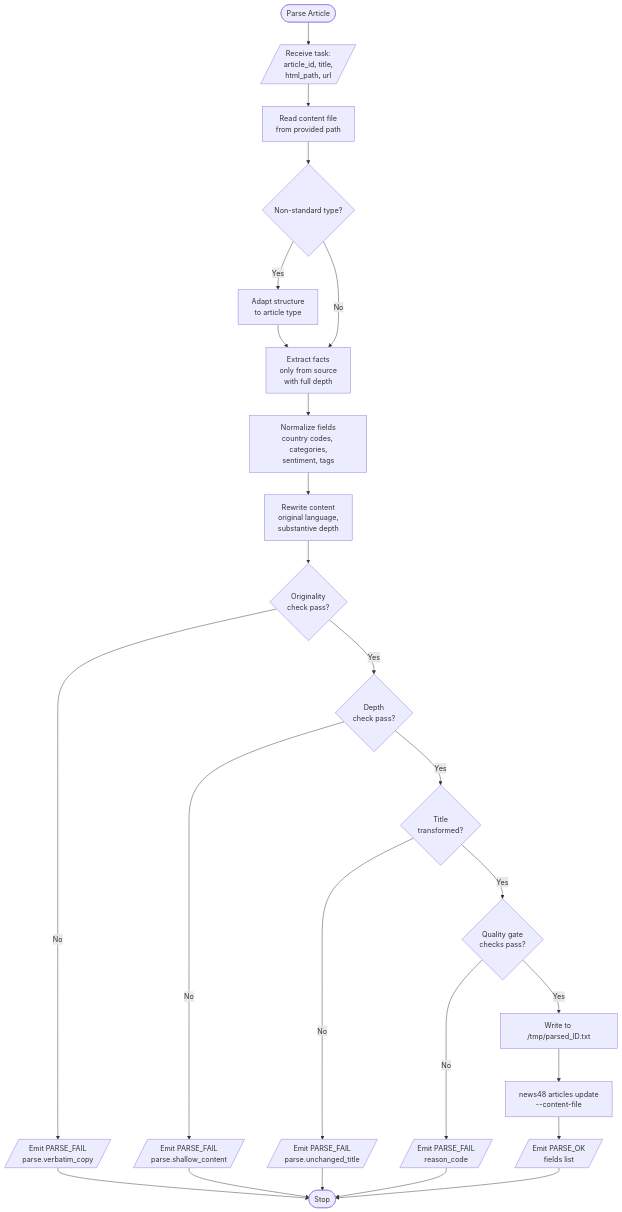
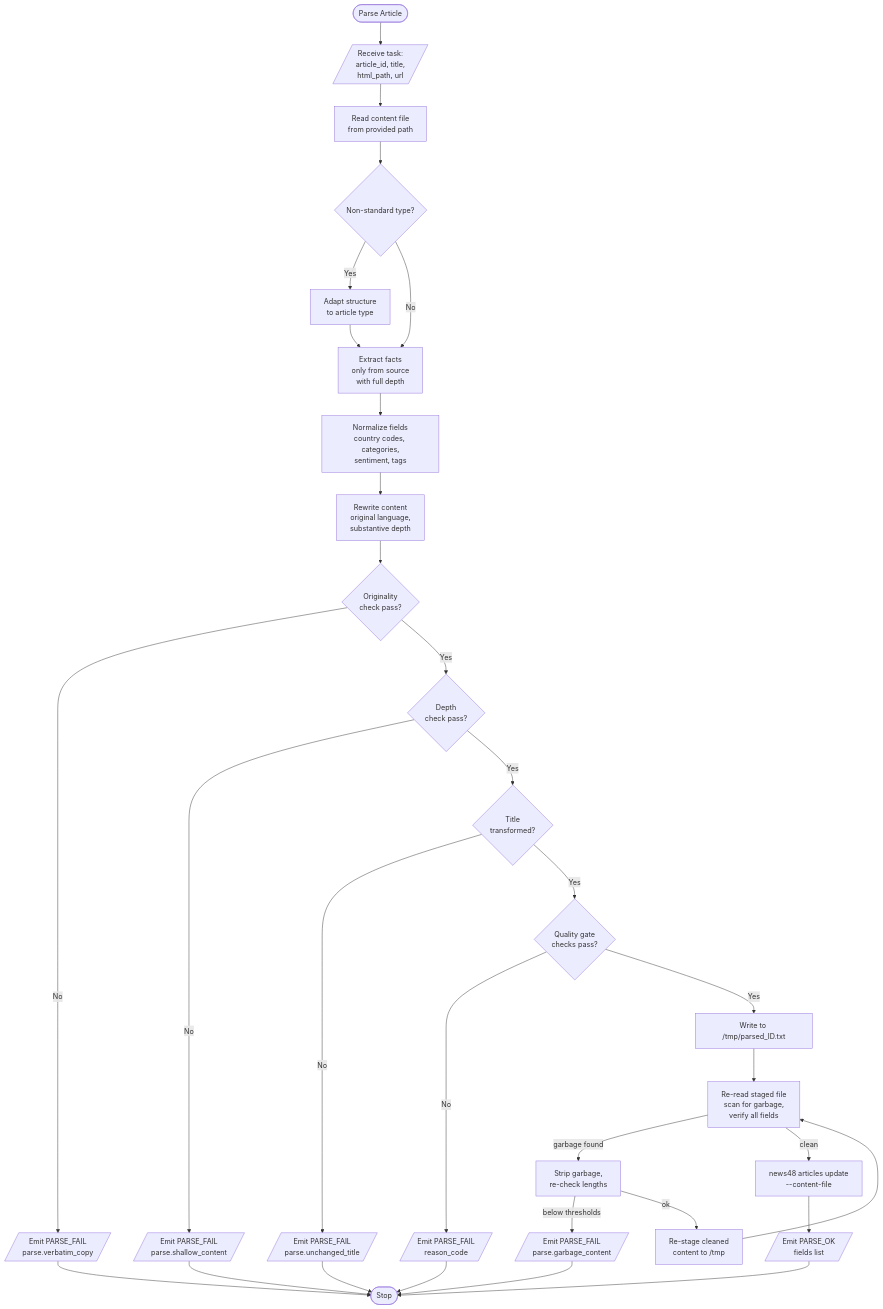
The diagram in news48/core/agents/skills/parser/business-logic.md (malvavisc0/news48), drawn with Mermaid before and after one commit. The commit also changed other lines of this file and 7 other files, not shown here.

First line of the commit message:
feat(parser): add post-write quality review for garbage detection and output verification

````diff
--- a/news48/core/agents/skills/parser/business-logic.md
+++ b/news48/core/agents/skills/parser/business-logic.md
@@ -3,27 +3,33 @@
 ```mermaid
 flowchart TD
     Start([Parse Article]) --> Input[/Receive task:<br/>article_id, title,<br/>html_path, url/]
     Input --> ReadContent[Read content file<br/>from provided path]
     ReadContent --> TypeCheck{Non-standard type?}
     TypeCheck -->|Yes| Adapt[Adapt structure<br/>to article type]
     TypeCheck -->|No| Extract
     Adapt --> Extract[Extract facts<br/>only from source<br/>with full depth]
     Extract --> Normalize[Normalize fields<br/>country codes, categories,<br/>sentiment, tags]
     Normalize --> Rewrite[Rewrite content<br/>original language,<br/>substantive depth]
     Rewrite --> OriginalityCheck{Originality<br/>check pass?}
     OriginalityCheck -->|No| FailCopy[/Emit PARSE_FAIL<br/>parse.verbatim_copy/]
     OriginalityCheck -->|Yes| DepthCheck{Depth<br/>check pass?}
     DepthCheck -->|No| FailDepth[/Emit PARSE_FAIL<br/>parse.shallow_content/]
     DepthCheck -->|Yes| TitleCheck{Title<br/>transformed?}
     TitleCheck -->|No| FailTitle[/Emit PARSE_FAIL<br/>parse.unchanged_title/]
     TitleCheck -->|Yes| QualityGate{Quality gate<br/>checks pass?}
     QualityGate -->|No| Fail[/Emit PARSE_FAIL<br/>reason_code/]
     QualityGate -->|Yes| Stage[Write to /tmp/parsed_ID.txt]
-    Stage --> Update[news48 articles update<br/>--content-file]
+    Stage --> Review[Re-read staged file<br/>scan for garbage,<br/>verify all fields]
+    Review -->|garbage found| Clean[Strip garbage,<br/>re-check lengths]
+    Clean -->|below thresholds| FailGarbage[/Emit PARSE_FAIL<br/>parse.garbage_content/]
+    Clean -->|ok| ReStage[Re-stage cleaned<br/>content to /tmp]
+    ReStage --> Review
+    Review -->|clean| Update[news48 articles update<br/>--content-file]
     Update --> Success[/Emit PARSE_OK<br/>fields list/]
+    FailGarbage --> Stop
     Success --> Stop([Stop])
     FailCopy --> Stop
     FailDepth --> Stop
     FailTitle --> Stop
     Fail --> Stop
 ```
````
